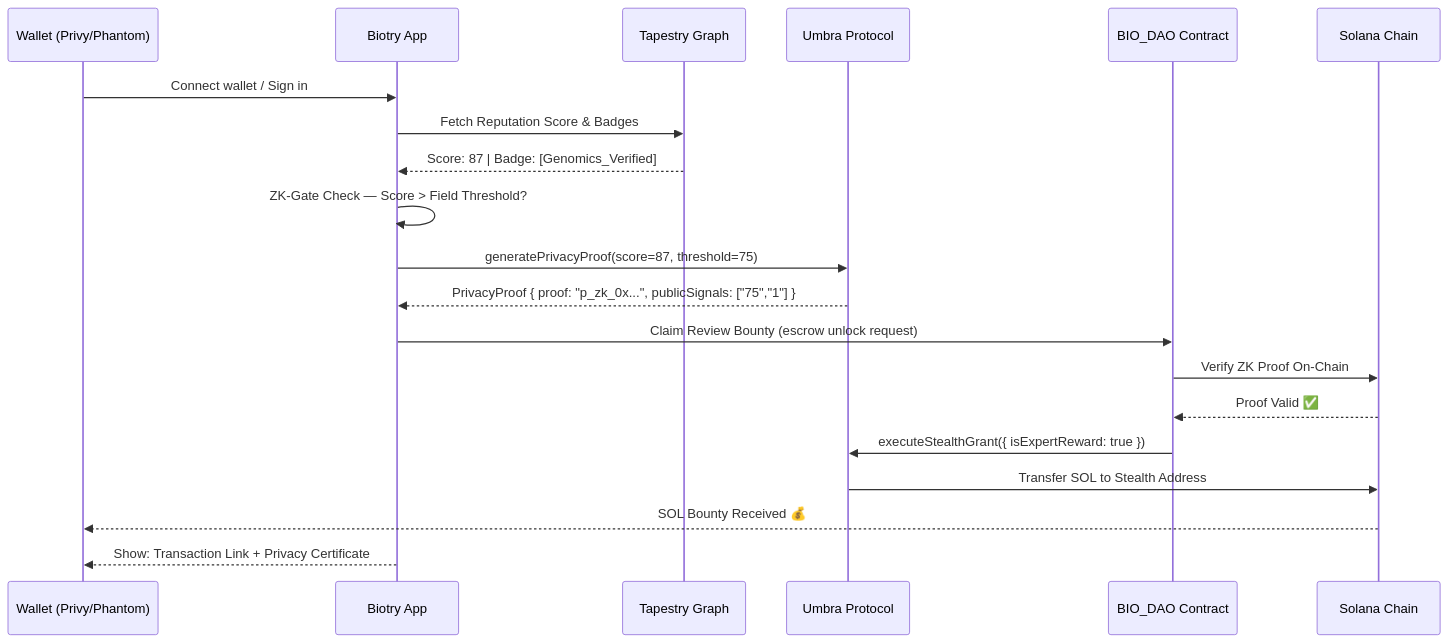
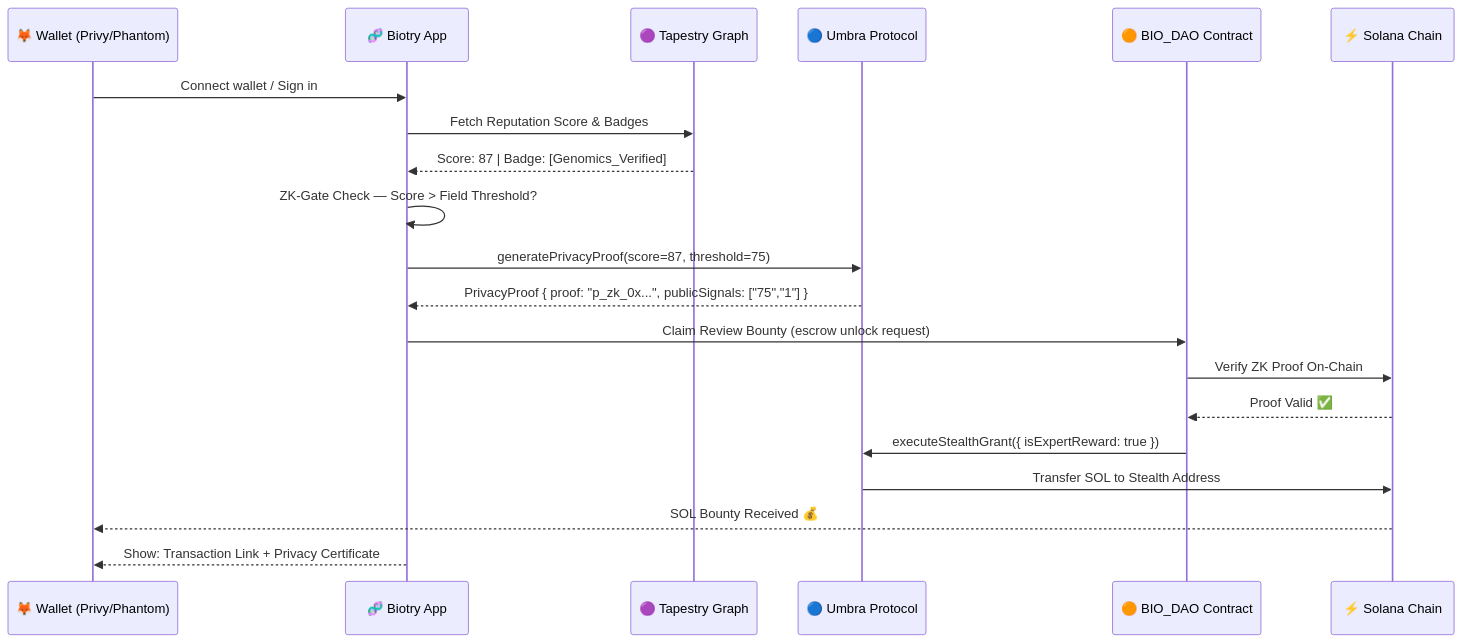
The first of 4 diagrams in README.md (Joseph-hackathon/Biotry), drawn with Mermaid before and after one commit. The commit also changed other lines of this file and 14 other files, not shown here.

````diff
--- a/README.md
+++ b/README.md
@@ -347,23 +377,23 @@
 ```mermaid
 sequenceDiagram
-    participant W as Wallet (Privy/Phantom)
-    participant B as Biotry App
-    participant T as Tapestry Graph
-    participant U as Umbra Protocol
-    participant C as BIO_DAO Contract
-    participant S as Solana Chain
+    participant W as 🦊 Wallet (Privy/Phantom)
+    participant B as 🧬 Biotry App
+    participant T as 🟣 Tapestry Graph
+    participant U as 🔵 Umbra Protocol
+    participant C as 🟠 BIO_DAO Contract
+    participant S as ⚡ Solana Chain
 
     W->>B: Connect wallet / Sign in
     B->>T: Fetch Reputation Score & Badges
     T-->>B: Score: 87 | Badge: [Genomics_Verified]
     B->>B: ZK-Gate Check — Score > Field Threshold?
     B->>U: generatePrivacyProof(score=87, threshold=75)
     U-->>B: PrivacyProof { proof: "p_zk_0x...", publicSignals: ["75","1"] }
     B->>C: Claim Review Bounty (escrow unlock request)
     C->>S: Verify ZK Proof On-Chain
     S-->>C: Proof Valid ✅
     C->>U: executeStealthGrant({ isExpertReward: true })
     U->>S: Transfer SOL to Stealth Address
     S-->>W: SOL Bounty Received 💰
     B-->>W: Show: Transaction Link + Privacy Certificate
 ```
````
